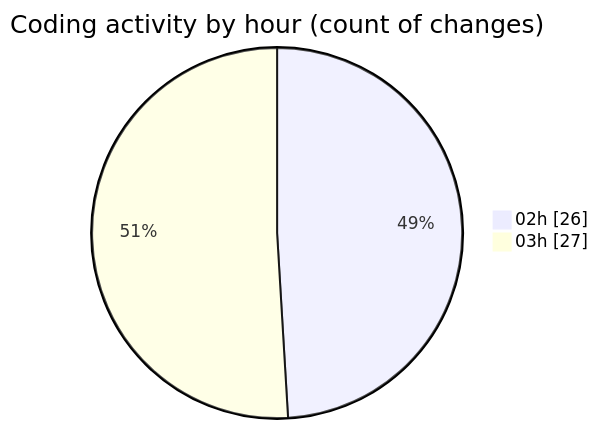
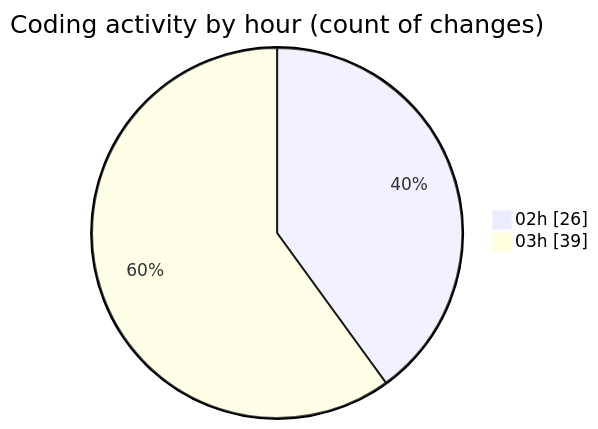
One commit to charlie-sans/code-tracking changed the second of 2 diagrams in 2025-02-22/micros/README.md. Above: the diagram before and after it, drawn with Mermaid. The commit also changed other lines of this file and 1 other file, not shown here.

````diff
--- a/2025-02-22/micros/README.md
+++ b/2025-02-22/micros/README.md
@@ -42,6 +42,6 @@
 ```mermaid
 pie showData
 title Coding activity by hour (count of changes)
 "02h" : 26
-"03h" : 27
+"03h" : 39
 ```
````
